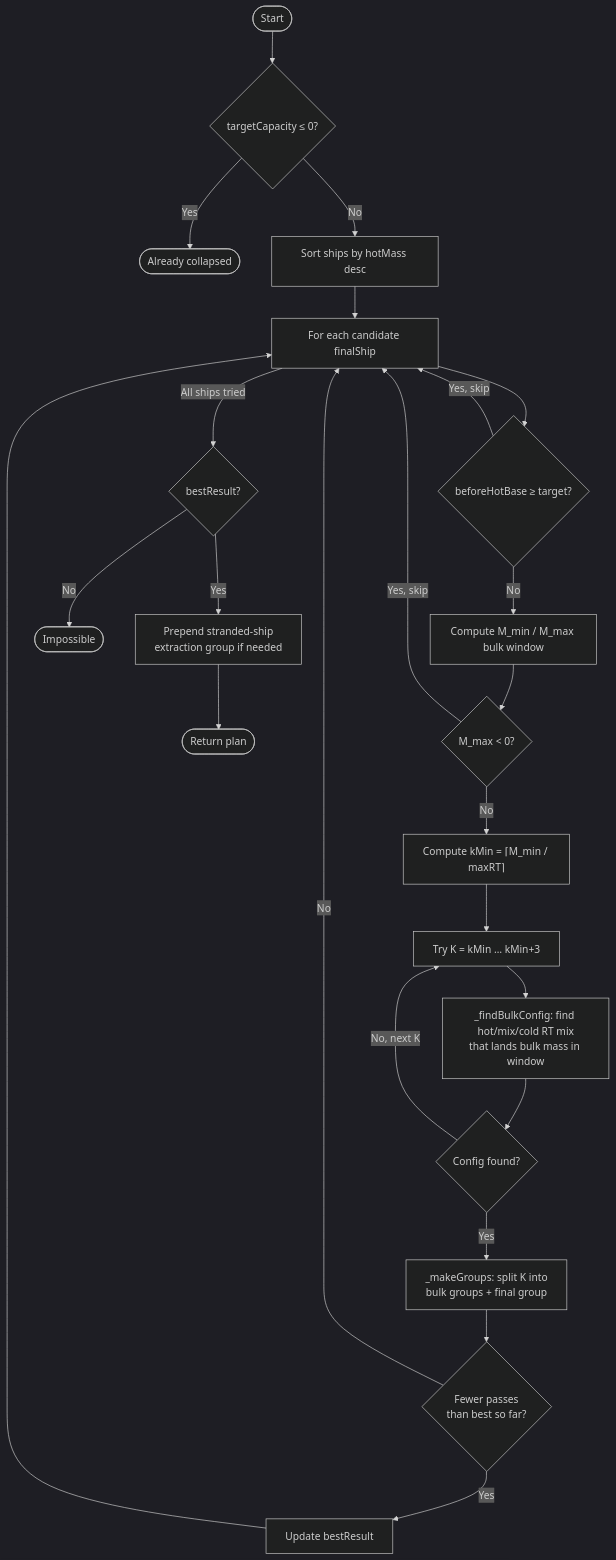
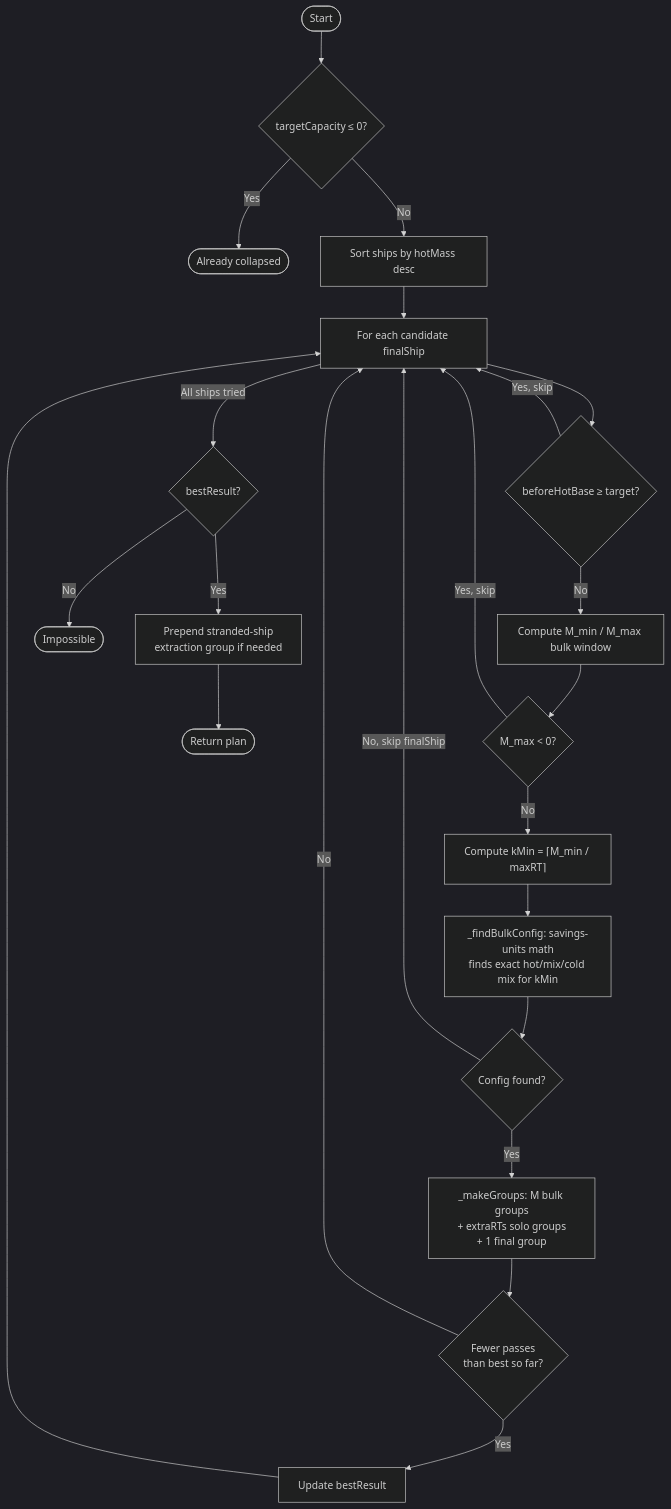
One commit to ikogan/eve-wormhole-roller changed the diagram in README.md. Above: the diagram before and after it, drawn with Mermaid (dark theme). The commit also changed other lines of this file and 3 other files, not shown here.

````diff
--- a/README.md
+++ b/README.md
@@ -136,26 +141,25 @@
 ```mermaid
 flowchart TD
     A([Start]) --> B{targetCapacity ≤ 0?}
     B -- Yes --> DONE_C([Already collapsed])
     B -- No --> C[Sort ships by hotMass desc]
     C --> D[For each candidate finalShip]
     D --> E{beforeHotBase ≥ target?}
     E -- Yes, skip --> D
     E -- No --> F[Compute M_min / M_max bulk window]
     F --> G{M_max < 0?}
     G -- Yes, skip --> D
     G -- No --> H[Compute kMin = ⌈M_min / maxRT⌉]
-    H --> I[Try K = kMin … kMin+3]
-    I --> J[_findBulkConfig: find hot/mix/cold RT mix\nthat lands bulk mass in window]
-    J --> K{Config found?}
-    K -- No, next K --> I
-    K -- Yes --> L[_makeGroups: split K into\nbulk groups + final group]
+    H --> I[_findBulkConfig: savings-units math\nfinds exact hot/mix/cold mix for kMin]
+    I --> K{Config found?}
+    K -- No, skip finalShip --> D
+    K -- Yes --> L[_makeGroups: M bulk groups\n+ extraRTs solo groups\n+ 1 final group]
     L --> M{Fewer passes\nthan best so far?}
     M -- Yes --> N[Update bestResult]
     M -- No --> D
     N --> D
     D -- All ships tried --> O{bestResult?}
     O -- No --> DONE_I([Impossible])
     O -- Yes --> P[Prepend stranded-ship\nextraction group if needed]
     P --> DONE_P([Return plan])
 ```
````
